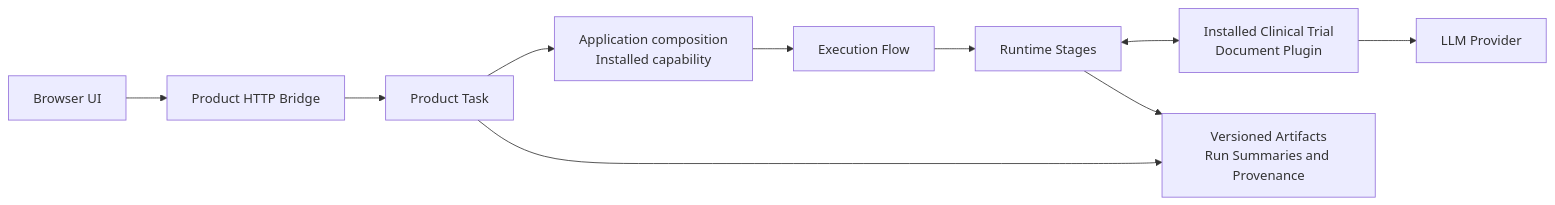
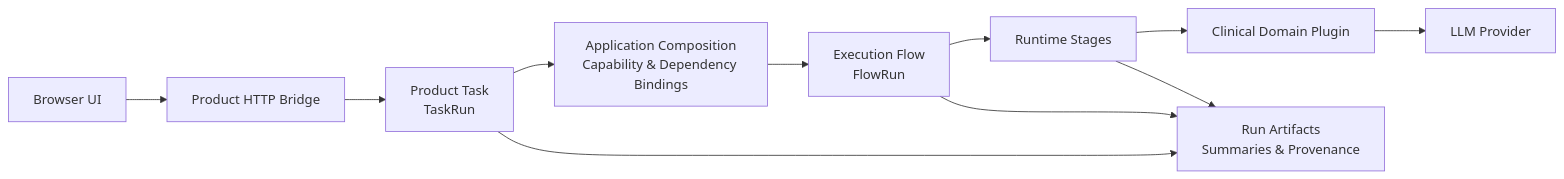
Before and after one commit to lynx566/ai-qc-engine: the diagram in docs/diagrams/src/execution-architecture.mmd, drawn with Mermaid. The commit also changed 7 other files, not shown here.

```diff
--- a/docs/diagrams/src/execution-architecture.mmd
+++ b/docs/diagrams/src/execution-architecture.mmd
@@ -1,20 +1,17 @@
 flowchart LR
     UI["Browser UI"]
     HTTP["Product HTTP Bridge"]
-    TASK["Product Task"]
-    APP["Application composition<br/>Installed capability"]
-    FLOW["Execution Flow"]
-    RUNTIME["Runtime Stages"]
-    PLUGIN["Installed Clinical Trial<br/>Document Plugin"]
+    TASK["Product Task<br/>TaskRun"]
+    APP["Application Composition<br/>Capability & Dependency Bindings"]
+    FLOW["Execution Flow<br/>FlowRun"]
+    RT["Runtime Stages"]
+    PLUGIN["Clinical Domain Plugin"]
     LLM["LLM Provider"]
-    ART["Versioned Artifacts<br/>Run Summaries and Provenance"]
+    DATA["Run Artifacts<br/>Summaries & Provenance"]
 
-    UI --> HTTP
-    HTTP --> TASK
-    TASK --> APP
-    APP --> FLOW
-    FLOW --> RUNTIME
-    RUNTIME <--> PLUGIN
-    PLUGIN --> LLM
-    RUNTIME --> ART
-    TASK --> ART
+    UI --> HTTP --> TASK --> APP --> FLOW --> RT
+    RT --> PLUGIN --> LLM
+
+    TASK --> DATA
+    FLOW --> DATA
+    RT --> DATA
```
